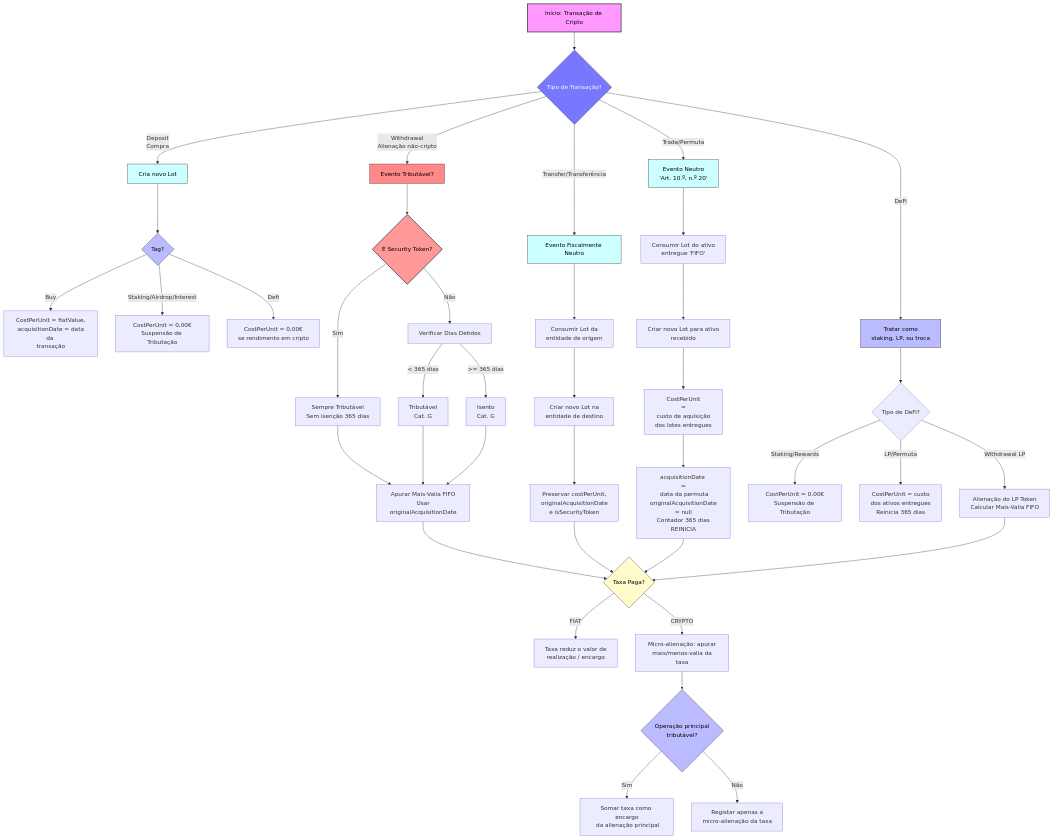
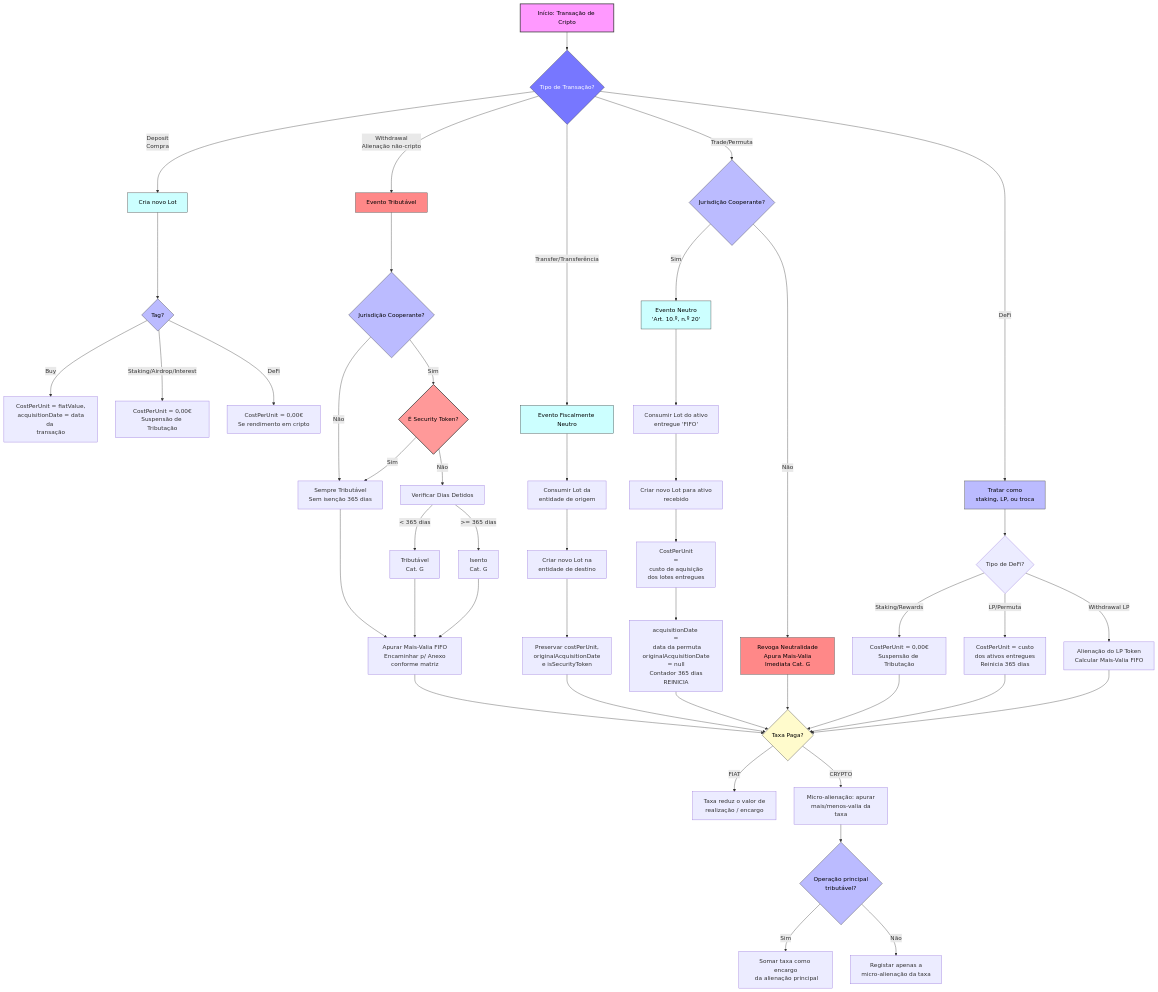
The diagram in fluxograma.mermaid (marotoweb/declaracriptopt), drawn with Mermaid before and after one commit. The commit also changed 1 other file, not shown here.

```diff
--- a/fluxograma.mermaid
+++ b/fluxograma.mermaid
@@ -1,57 +1,73 @@
 flowchart TD
-  A[Início: Transação de Cripto] --> B{Tipo de Transação?}
+    A[Início: Transação de Cripto] --> B{Tipo de Transação?}
 
-  B -->|Deposit<br>Compra| C[Cria novo Lot]
-  C --> C1{Tag?}
-  C1 -->|Buy| C2[CostPerUnit = fiatValue,<br> acquisitionDate = data da <br>transação]
-  C1 -->|Staking/Airdrop/Interest| C3[CostPerUnit = 0,00€<br>Suspensão de Tributação]
-  C1 -->|Defi| C4[CostPerUnit = 0,00€<br> se rendimento em cripto]
+    %% DEPÓSITOS
+    B -->|Deposit<br>Compra| C[Cria novo Lot]
+    C --> C1{Tag?}
+    C1 -->|Buy| C2[CostPerUnit = fiatValue,<br> acquisitionDate = data da <br>transação]
+    C1 -->|Staking/Airdrop/Interest| C3[CostPerUnit = 0,00€<br>Suspensão de Tributação]
+    C1 -->|DeFi| C4[CostPerUnit = 0,00€<br>Se rendimento em cripto]
 
-  B -->|Withdrawal<br>Alienação não-cripto| D[Evento Tributável?]
-  D --> D1{É Security Token?}
-  D1 -->|Sim| D2[Sempre Tributável<br> Sem isenção 365 dias]
-  D1 -->|Não| D3[Verificar Dias Detidos]
-  D3 -->|< 365 dias| D4[Tributável<br> Cat. G]
-  D3 -->|&gt= 365 dias| D5[Isento<br> Cat. G]
-  D2 & D4 & D5 --> D6[Apurar Mais-Valia FIFO<br> Usar originalAcquisitionDate]
+    %% RETIRADAS / VENDAS
+    B -->|Withdrawal<br>Alienação não-cripto| D[Evento Tributável]
+    D --> D0{Jurisdição Cooperante?}
+    D0 -->|Não| D2[Sempre Tributável<br>Isenção revogada pelo Art 10 n21]
+    D0 -->|Sim| D1{É Security Token?}
+    D1 -->|Sim| D2[Sempre Tributável<br> Sem isenção 365 dias]
+    D1 -->|Não| D3[Verificar Dias Detidos]
+    D3 -->|< 365 dias| D4[Tributável<br> Cat. G]
+    D3 -->|&gt= 365 dias| D5[Isento<br> Cat. G]
+    D2 & D4 & D5 --> D6[Apurar Mais-Valia FIFO<br> Encaminhar p/ Anexo conforme matriz]
 
-  B -->|Transfer/Transferência| E[Evento Fiscalmente Neutro]
-  E --> E1[Consumir Lot da<br> entidade de origem]
-  E1 --> E2[Criar novo Lot na<br> entidade de destino]
-  E2 --> E3[Preservar costPerUnit,<br> originalAcquisitionDate<br> e isSecurityToken]
+    %% TRANSFERÊNCIAS
+    B -->|Transfer/Transferência| E[Evento Fiscalmente Neutro]
+    E --> E1[Consumir Lot da<br> entidade de origem]
+    E1 --> E2[Criar novo Lot na<br> entidade de destino]
+    E2 --> E3[Preservar costPerUnit,<br> originalAcquisitionDate<br> e isSecurityToken]
 
-  B -->|Trade/Permuta| F["Evento Neutro<br> 'Art. 10.º, n.º 20'"]
-  F --> F1[Consumir Lot do ativo<br> entregue 'FIFO']
-  F1 --> F2[Criar novo Lot para ativo<br> recebido]
-  F2 --> F3[CostPerUnit <br>=<br> custo de aquisição<br> dos lotes entregues]
-  F3 --> F4[acquisitionDate <br>=<br> data da permuta<br> originalAcquisitionDate = null<br> Contador 365 dias REINICIA]
+    %% PERMUTAS / TRADES
+    B -->|Trade/Permuta| F0{Jurisdição Cooperante?}
+    F0 -->|Não| F_Tributavel[Revoga Neutralidade<br> Apura Mais-Valia Imediata Cat. G]
+    F0 -->|Sim| F["Evento Neutro<br> 'Art. 10.º, n.º 20'"]
+    F --> F1[Consumir Lot do ativo<br> entregue 'FIFO']
+    F1 --> F2[Criar novo Lot para ativo<br> recebido]
+    F2 --> F3[CostPerUnit <br>=<br> custo de aquisição<br> dos lotes entregues]
+    F3 --> F4[acquisitionDate <br>=<br> data da permuta<br> originalAcquisitionDate = null<br> Contador 365 dias REINICIA]
 
-  B -->|DeFi| G[Tratar como<br> staking, LP, ou troca]
-  G --> G1{Tipo de DeFi?}
-  G1 -->|Staking/Rewards| G2[CostPerUnit = 0,00€<br>Suspensão de Tributação]
-  G1 -->|LP/Permuta| G3[CostPerUnit = custo<br> dos ativos entregues<br> Reinicia 365 dias]
-  G1 -->|Withdrawal LP| G4[Alienação do LP Token<br> Calcular Mais-Valia FIFO]
+    %% DEFI NOMINAL
+    B -->|DeFi| G[Tratar como<br> staking, LP, ou troca]
+    G --> G1{Tipo de DeFi?}
+    G1 -->|Staking/Rewards| G2[CostPerUnit = 0,00€<br>Suspensão de Tributação]
+    G1 -->|LP/Permuta| G3[CostPerUnit = custo<br> dos ativos entregues<br> Reinicia 365 dias]
+    G1 -->|Withdrawal LP| G4[Alienação do LP Token<br> Calcular Mais-Valia FIFO]
 
-  %% Taxas
-  D6 --> H{Taxa Paga?}
-  E3 --> H
-  F4 --> H
-  G4 --> H
+    %% LÓGICA DE TAXAS (Encadeamento Global)
+    D6 --> H{Taxa Paga?}
+    E3 --> H
+    F4 --> H
+    F_Tributavel --> H
+    G2 --> H
+    G3 --> H
+    G4 --> H
 
-  H -->|FIAT| H1[Taxa reduz o valor de<br> realização / encargo]
-  H -->|CRYPTO| H2[Micro-alienação: apurar<br> mais/menos-valia da taxa]
-  H2 --> H3{Operação principal<br> tributável?}
-  H3 -->|Sim| H4[Somar taxa como encargo<br> da alienação principal]
-  H3 -->|Não| H5[Registar apenas a<br> micro-alienação da taxa]
+    H -->|FIAT| H1[Taxa reduz o valor de<br> realização / encargo]
+    H -->|CRYPTO| H2[Micro-alienação: apurar<br> mais/menos-valia da taxa]
+    H2 --> H3{Operação principal<br> tributável?}
+    H3 -->|Sim| H4[Somar taxa como encargo<br> da alienação principal]
+    H3 -->|Não| H5[Registar apenas a<br> micro-alienação da taxa]
 
-  style A fill:#f9f,stroke:#333,stroke-width:2px,color:#000
-  style B fill:#77f,stroke:#333,stroke-width:1px,color:#fff
-  style C fill:#cff,stroke:#333,stroke-width:1px,color:#000
-  style D fill:#f88,stroke:#333,stroke-width:1px,color:#000
-  style E fill:#cff,stroke:#333,stroke-width:1px,color:#000
-  style F fill:#cff,stroke:#333,stroke-width:1px,color:#000
-  style G fill:#bbf,stroke:#333,stroke-width:1px,color:#000
-  style H fill:#fffbcc,stroke:#333,stroke-width:1px,color:#000
-  style D1 fill:#ff9999,stroke:#333,stroke-width:2px,color:#000
-  style C1 fill:#bbf,stroke:#333,stroke-width:1px,color:#000
-  style H3 fill:#bbf,stroke:#333,stroke-width:1px,color:#000
+    %% ESTILIZAÇÃO DO GRAPH
+    style A fill:#f9f,stroke:#333,stroke-width:2px,color:#000
+    style B fill:#77f,stroke:#333,stroke-width:1px,color:#fff
+    style C fill:#cff,stroke:#333,stroke-width:1px,color:#000
+    style D fill:#f88,stroke:#333,stroke-width:1px,color:#000
+    style E fill:#cff,stroke:#333,stroke-width:1px,color:#000
+    style F fill:#cff,stroke:#333,stroke-width:1px,color:#000
+    style F_Tributavel fill:#f88,stroke:#333,stroke-width:1px,color:#000
+    style G fill:#bbf,stroke:#333,stroke-width:1px,color:#000
+    style H fill:#fffbcc,stroke:#333,stroke-width:1px,color:#000
+    style D0 fill:#bbf,stroke:#333,stroke-width:1px,color:#000
+    style D1 fill:#ff9999,stroke:#333,stroke-width:2px,color:#000
+    style F0 fill:#bbf,stroke:#333,stroke-width:1px,color:#000
+    style C1 fill:#bbf,stroke:#333,stroke-width:1px,color:#000
+    style H3 fill:#bbf,stroke:#333,stroke-width:1px,color:#000
```
